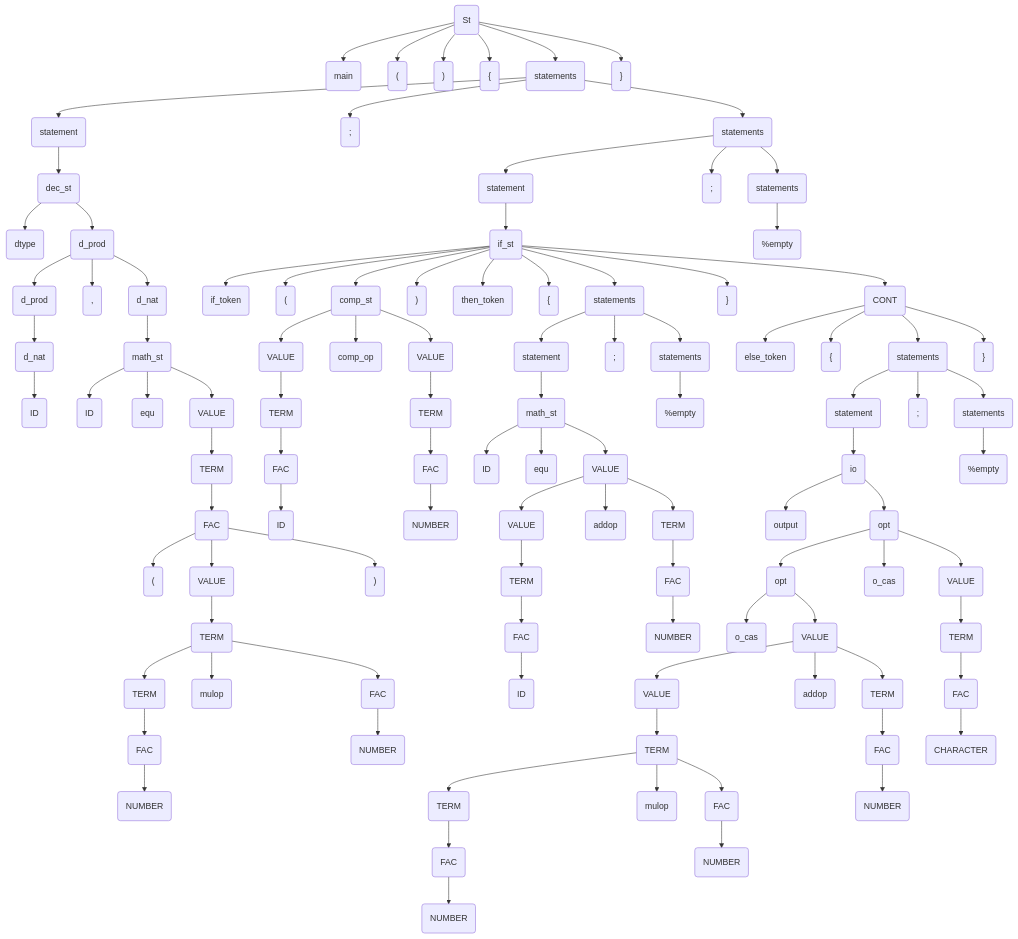
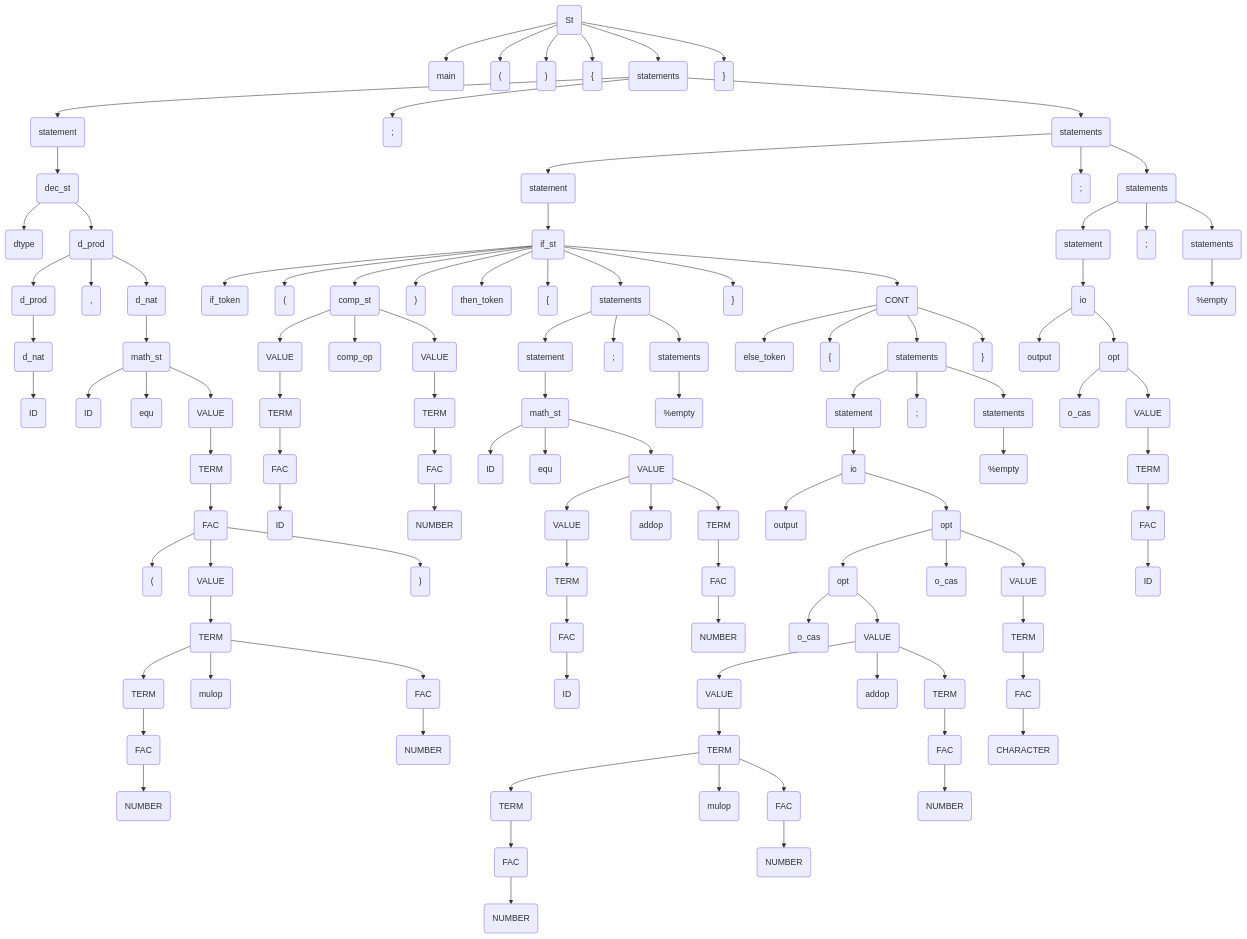
The diagram in Parsing/graph.md (RatulC2001/compiler-lab), drawn with Mermaid before and after one commit. The commit also changed 5 other files, not shown here.

````diff
--- a/Parsing/graph.md
+++ b/Parsing/graph.md
@@ -1,106 +1,117 @@
 ```mermaid
 graph TD
-46(d_nat) --> 5("ID");
-47(d_prod) --> 46(d_nat);
-48(FAC) --> 10("NUMBER");
-49(TERM) --> 48(FAC);
-50(FAC) --> 12("NUMBER");
-51(TERM) --> 49(TERM);
-51(TERM) --> 11("mulop");
-51(TERM) --> 50(FAC);
-52(VALUE) --> 51(TERM);
-53(FAC) --> 9("(");
-53(FAC) --> 52(VALUE);
-53(FAC) --> 13(")");
-54(TERM) --> 53(FAC);
-55(VALUE) --> 54(TERM);
-56(math_st) --> 7("ID");
-56(math_st) --> 8("equ");
-56(math_st) --> 55(VALUE);
-57(d_nat) --> 56(math_st);
-58(d_prod) --> 47(d_prod);
-58(d_prod) --> 6(",");
-58(d_prod) --> 57(d_nat);
-59(dec_st) --> 4("dtype");
-59(dec_st) --> 58(d_prod);
-60(statement) --> 59(dec_st);
-61(FAC) --> 17("ID");
-62(TERM) --> 61(FAC);
-63(VALUE) --> 62(TERM);
-64(FAC) --> 19("NUMBER");
-65(TERM) --> 64(FAC);
-66(VALUE) --> 65(TERM);
-67(comp_st) --> 63(VALUE);
-67(comp_st) --> 18("comp_op");
-67(comp_st) --> 66(VALUE);
-68(FAC) --> 25("ID");
+50(d_nat) --> 5("ID");
+51(d_prod) --> 50(d_nat);
+52(FAC) --> 10("NUMBER");
+53(TERM) --> 52(FAC);
+54(FAC) --> 12("NUMBER");
+55(TERM) --> 53(TERM);
+55(TERM) --> 11("mulop");
+55(TERM) --> 54(FAC);
+56(VALUE) --> 55(TERM);
+57(FAC) --> 9("(");
+57(FAC) --> 56(VALUE);
+57(FAC) --> 13(")");
+58(TERM) --> 57(FAC);
+59(VALUE) --> 58(TERM);
+60(math_st) --> 7("ID");
+60(math_st) --> 8("equ");
+60(math_st) --> 59(VALUE);
+61(d_nat) --> 60(math_st);
+62(d_prod) --> 51(d_prod);
+62(d_prod) --> 6(",");
+62(d_prod) --> 61(d_nat);
+63(dec_st) --> 4("dtype");
+63(dec_st) --> 62(d_prod);
+64(statement) --> 63(dec_st);
+65(FAC) --> 17("ID");
+66(TERM) --> 65(FAC);
+67(VALUE) --> 66(TERM);
+68(FAC) --> 19("NUMBER");
 69(TERM) --> 68(FAC);
 70(VALUE) --> 69(TERM);
-71(FAC) --> 27("NUMBER");
-72(TERM) --> 71(FAC);
-73(VALUE) --> 70(VALUE);
-73(VALUE) --> 26("addop");
-73(VALUE) --> 72(TERM);
-74(math_st) --> 23("ID");
-74(math_st) --> 24("equ");
-74(math_st) --> 73(VALUE);
-75(statement) --> 74(math_st);
-77(statements) --> 76(%empty);
-78(statements) --> 75(statement);
-78(statements) --> 28(";");
-78(statements) --> 77(statements);
-79(FAC) --> 34("NUMBER");
-80(TERM) --> 79(FAC);
-81(FAC) --> 36("NUMBER");
-82(TERM) --> 80(TERM);
-82(TERM) --> 35("mulop");
-82(TERM) --> 81(FAC);
-83(VALUE) --> 82(TERM);
-84(FAC) --> 38("NUMBER");
-85(TERM) --> 84(FAC);
-86(VALUE) --> 83(VALUE);
-86(VALUE) --> 37("addop");
-86(VALUE) --> 85(TERM);
-87(opt) --> 33("o_cas");
-87(opt) --> 86(VALUE);
-88(FAC) --> 40("CHARACTER");
+71(comp_st) --> 67(VALUE);
+71(comp_st) --> 18("comp_op");
+71(comp_st) --> 70(VALUE);
+72(FAC) --> 25("ID");
+73(TERM) --> 72(FAC);
+74(VALUE) --> 73(TERM);
+75(FAC) --> 27("NUMBER");
+76(TERM) --> 75(FAC);
+77(VALUE) --> 74(VALUE);
+77(VALUE) --> 26("addop");
+77(VALUE) --> 76(TERM);
+78(math_st) --> 23("ID");
+78(math_st) --> 24("equ");
+78(math_st) --> 77(VALUE);
+79(statement) --> 78(math_st);
+81(statements) --> 80(%empty);
+82(statements) --> 79(statement);
+82(statements) --> 28(";");
+82(statements) --> 81(statements);
+83(FAC) --> 34("NUMBER");
+84(TERM) --> 83(FAC);
+85(FAC) --> 36("NUMBER");
+86(TERM) --> 84(TERM);
+86(TERM) --> 35("mulop");
+86(TERM) --> 85(FAC);
+87(VALUE) --> 86(TERM);
+88(FAC) --> 38("NUMBER");
 89(TERM) --> 88(FAC);
+90(VALUE) --> 87(VALUE);
+90(VALUE) --> 37("addop");
 90(VALUE) --> 89(TERM);
-91(opt) --> 87(opt);
-91(opt) --> 39("o_cas");
+91(opt) --> 33("o_cas");
 91(opt) --> 90(VALUE);
-92(io) --> 32("output");
-92(io) --> 91(opt);
-93(statement) --> 92(io);
-95(statements) --> 94(%empty);
-96(statements) --> 93(statement);
-96(statements) --> 41(";");
-96(statements) --> 95(statements);
-97(CONT) --> 30("else_token");
-97(CONT) --> 31("{");
-97(CONT) --> 96(statements);
-97(CONT) --> 42("}");
-98(if_st) --> 15("if_token");
-98(if_st) --> 16("(");
-98(if_st) --> 67(comp_st);
-98(if_st) --> 20(")");
-98(if_st) --> 21("then_token");
-98(if_st) --> 22("{");
-98(if_st) --> 78(statements);
-98(if_st) --> 29("}");
-98(if_st) --> 97(CONT);
-99(statement) --> 98(if_st);
-101(statements) --> 100(%empty);
-102(statements) --> 99(statement);
-102(statements) --> 43(";");
-102(statements) --> 101(statements);
-103(statements) --> 60(statement);
-103(statements) --> 14(";");
-103(statements) --> 102(statements);
-104(St) --> 0("main");
-104(St) --> 1("(");
-104(St) --> 2(")");
-104(St) --> 3("{");
-104(St) --> 103(statements);
-104(St) --> 44("}");
+92(FAC) --> 40("CHARACTER");
+93(TERM) --> 92(FAC);
+94(VALUE) --> 93(TERM);
+95(opt) --> 91(opt);
+95(opt) --> 39("o_cas");
+95(opt) --> 94(VALUE);
+96(io) --> 32("output");
+96(io) --> 95(opt);
+97(statement) --> 96(io);
+99(statements) --> 98(%empty);
+100(statements) --> 97(statement);
+100(statements) --> 41(";");
+100(statements) --> 99(statements);
+101(CONT) --> 30("else_token");
+101(CONT) --> 31("{");
+101(CONT) --> 100(statements);
+101(CONT) --> 42("}");
+102(if_st) --> 15("if_token");
+102(if_st) --> 16("(");
+102(if_st) --> 71(comp_st);
+102(if_st) --> 20(")");
+102(if_st) --> 21("then_token");
+102(if_st) --> 22("{");
+102(if_st) --> 82(statements);
+102(if_st) --> 29("}");
+102(if_st) --> 101(CONT);
+103(statement) --> 102(if_st);
+104(FAC) --> 46("ID");
+105(TERM) --> 104(FAC);
+106(VALUE) --> 105(TERM);
+107(opt) --> 45("o_cas");
+107(opt) --> 106(VALUE);
+108(io) --> 44("output");
+108(io) --> 107(opt);
+109(statement) --> 108(io);
+111(statements) --> 110(%empty);
+112(statements) --> 109(statement);
+112(statements) --> 47(";");
+112(statements) --> 111(statements);
+113(statements) --> 103(statement);
+113(statements) --> 43(";");
+113(statements) --> 112(statements);
+114(statements) --> 64(statement);
+114(statements) --> 14(";");
+114(statements) --> 113(statements);
+115(St) --> 0("main");
+115(St) --> 1("(");
+115(St) --> 2(")");
+115(St) --> 3("{");
+115(St) --> 114(statements);
+115(St) --> 48("}");
 ```
````
